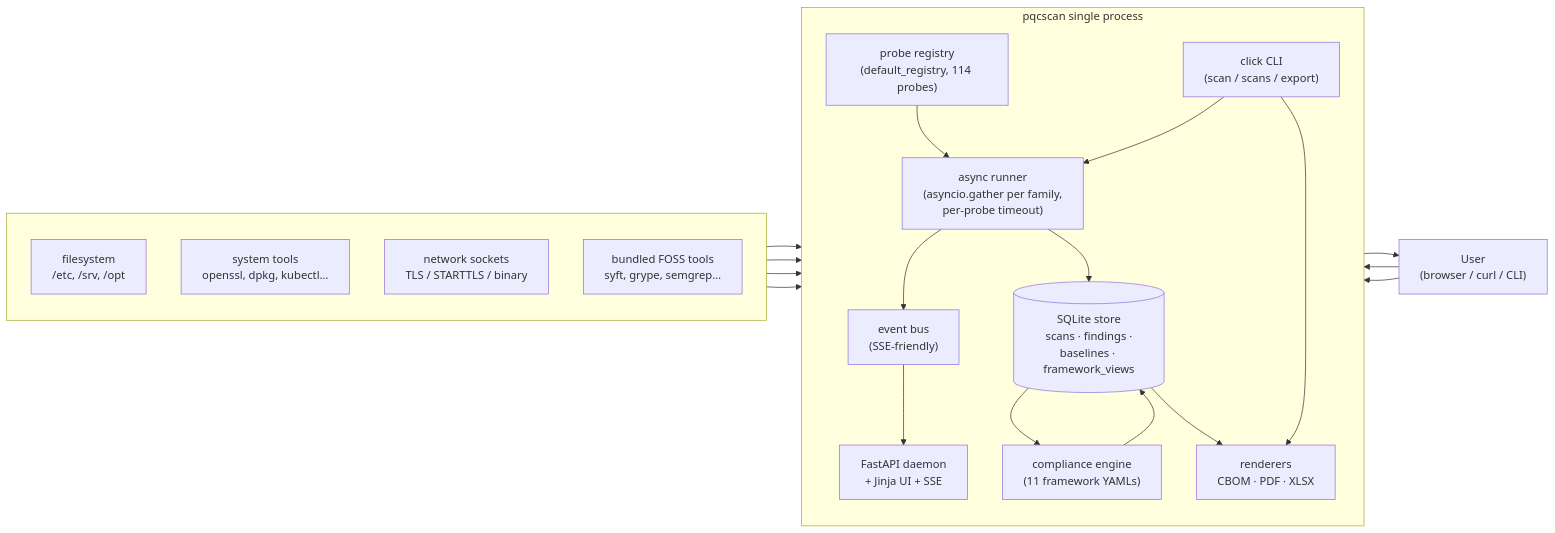
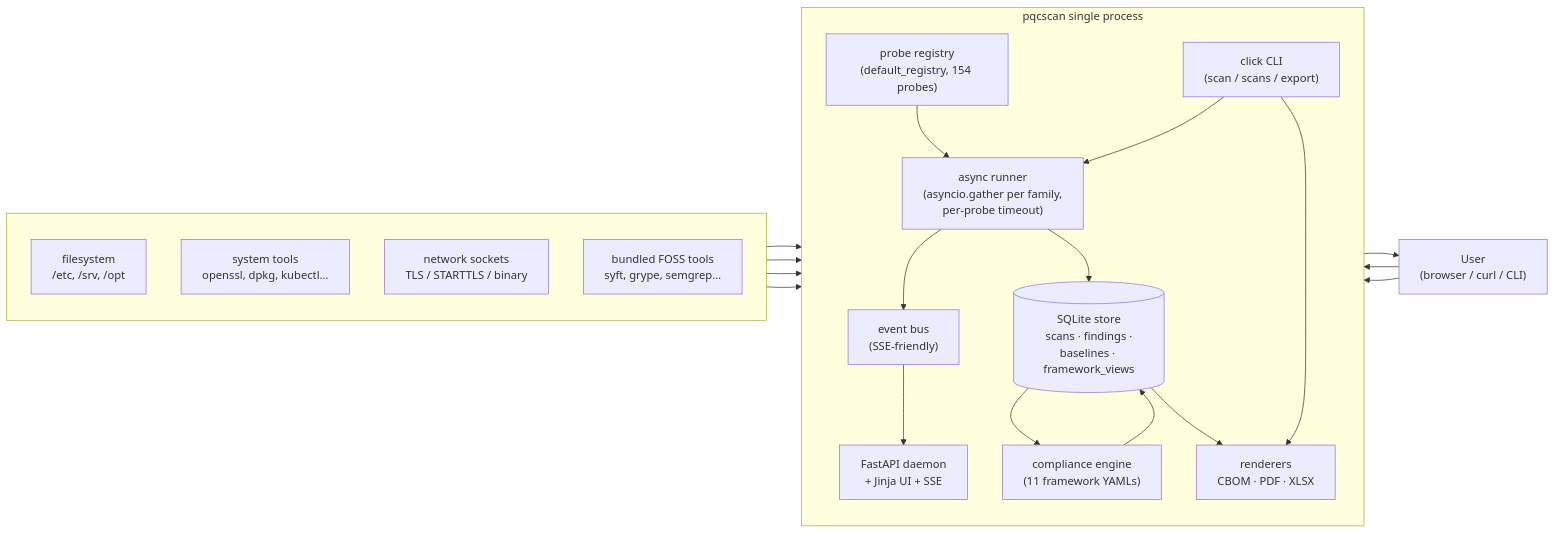
The first of 8 diagrams in README.md (orengacademy/pqc-scanner2), drawn with Mermaid before and after one commit. The commit also changed other lines of this file and 3 other files, not shown here.

````diff
--- a/README.md
+++ b/README.md
@@ -34,39 +34,39 @@
 ```mermaid
 flowchart LR
     subgraph host[" "]
         direction TB
         FS["filesystem<br/>/etc, /srv, /opt"]
         SYS["system tools<br/>openssl, dpkg, kubectl…"]
         NET["network sockets<br/>TLS / STARTTLS / binary"]
         FOSS["bundled FOSS tools<br/>syft, grype, semgrep…"]
     end
 
     subgraph proc["pqcscan single process"]
         direction TB
-        REG["probe registry<br/>(default_registry, 114 probes)"]
+        REG["probe registry<br/>(default_registry, 154 probes)"]
         RUN["async runner<br/>(asyncio.gather per family,<br/>per-probe timeout)"]
         BUS["event bus<br/>(SSE-friendly)"]
         REPO[("SQLite store<br/>scans · findings ·<br/>baselines · framework_views")]
         COMP["compliance engine<br/>(11 framework YAMLs)"]
         DAEMON["FastAPI daemon<br/>+ Jinja UI + SSE"]
         CLI["click CLI<br/>(scan / scans / export)"]
         REND["renderers<br/>CBOM · PDF · XLSX"]
     end
 
     USER["User<br/>(browser / curl / CLI)"]
 
     FS  --> RUN
     SYS --> RUN
     NET --> RUN
     FOSS --> RUN
     REG --> RUN
     RUN --> BUS --> DAEMON
     RUN --> REPO
     REPO --> COMP --> REPO
     REPO --> REND
     DAEMON --> USER
     CLI   --> RUN
     CLI   --> REND
     USER  --> DAEMON
     USER  --> CLI
 ```
````
